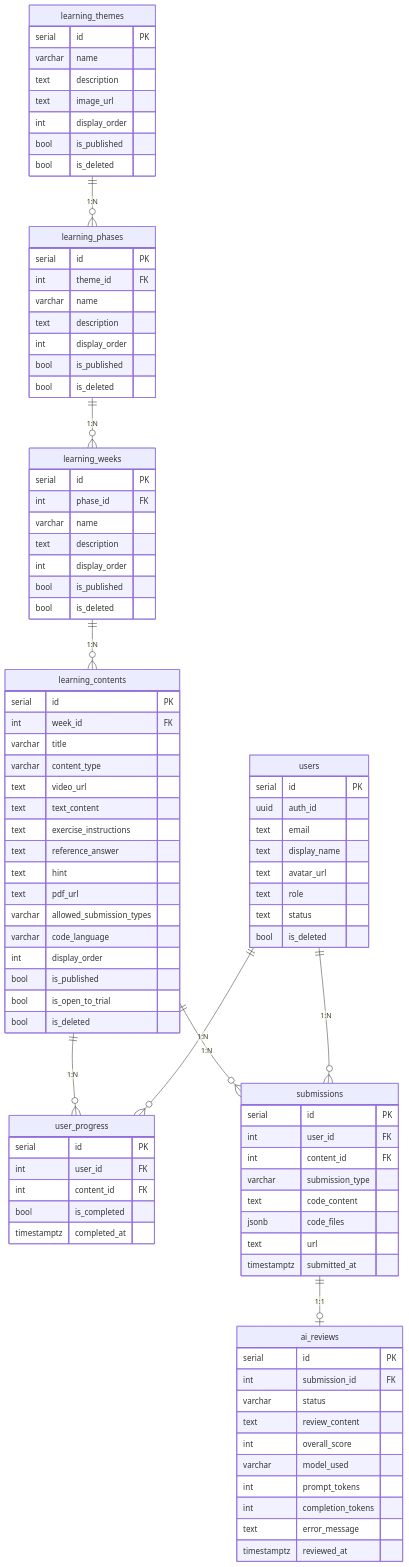
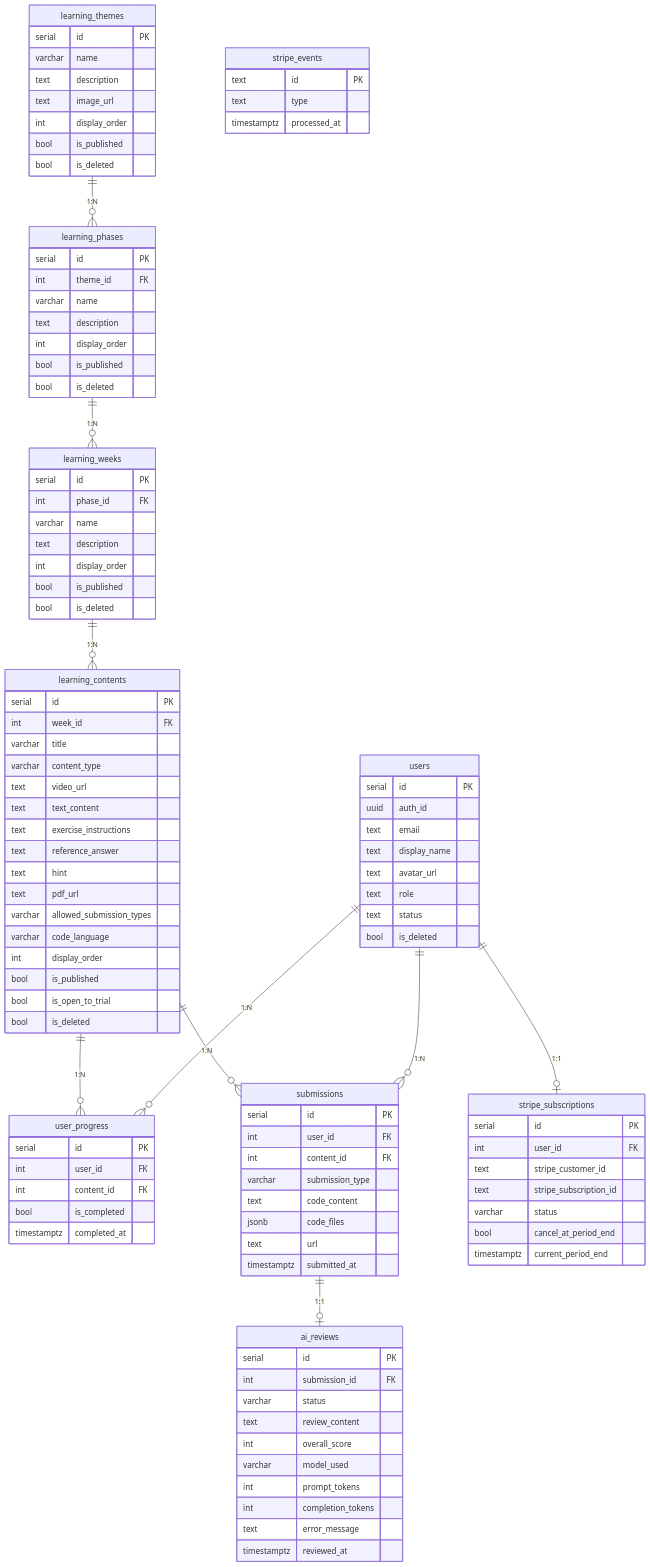
The diagram in docs/database.md (Singuralitylabs/sinlab-study), drawn with Mermaid before and after one commit. The commit also changed other lines of this file and 31 other files, not shown here.

````diff
--- a/docs/database.md
+++ b/docs/database.md
@@ -33,6 +33,7 @@
     users ||--o{ user_progress : "1:N"
     users ||--o{ submissions : "1:N"
     submissions ||--o| ai_reviews : "1:1"
+    users ||--o| stripe_subscriptions : "1:1"
 
     learning_themes {
         serial id PK
@@ -118,4 +119,18 @@
         text error_message
         timestamptz reviewed_at
     }
+    stripe_subscriptions {
+        serial id PK
+        int user_id FK
+        text stripe_customer_id
+        text stripe_subscription_id
+        varchar status
+        bool cancel_at_period_end
+        timestamptz current_period_end
+    }
+    stripe_events {
+        text id PK
+        text type
+        timestamptz processed_at
+    }
 ```
````
